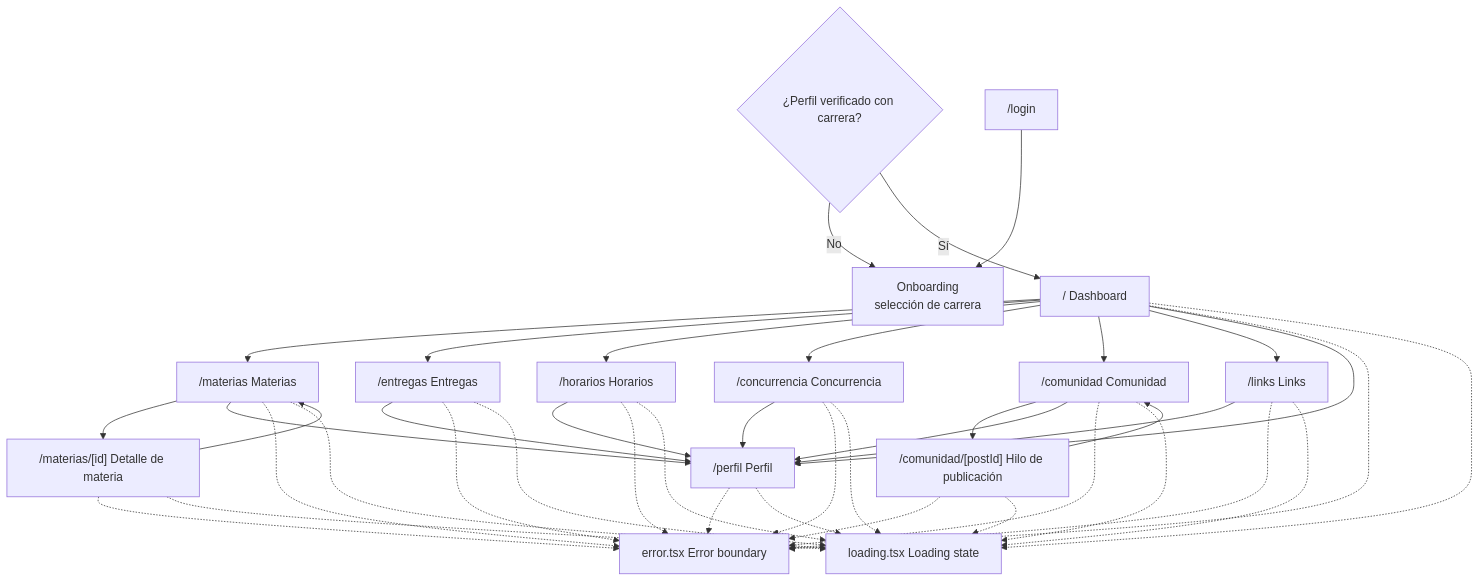
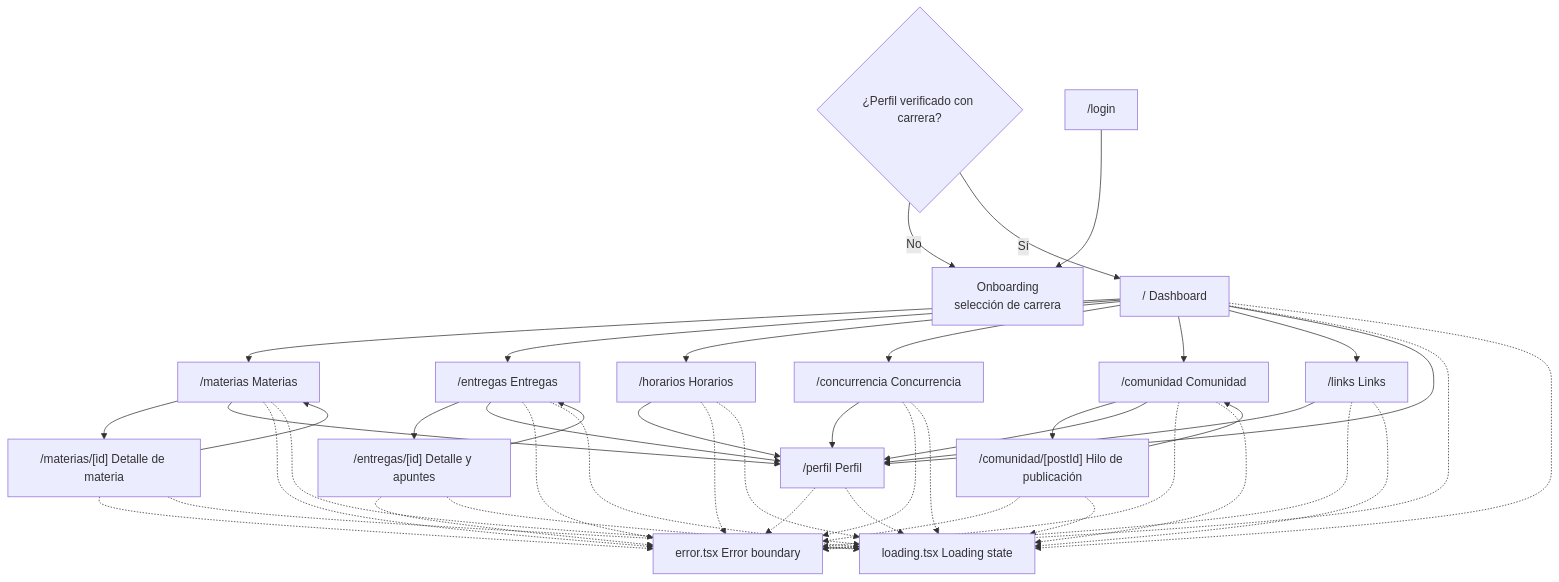
The first of 4 diagrams in wiki/Rutas-y-flujos.md (lautioliver/UcaNode), drawn with Mermaid before and after one commit. The commit also changed other lines of this file and 6 other files, not shown here.

First line of the commit message:
docs: landing y wiki con apuntes por entrega estilo Notion

````diff
--- a/wiki/Rutas-y-flujos.md
+++ b/wiki/Rutas-y-flujos.md
@@ -21,42 +21,45 @@
 ```mermaid
 flowchart TD
     Gate{"¿Perfil verificado con carrera?"}
     Login["/login"]
     Onb["Onboarding<br/>selección de carrera"]
     Root["/ Dashboard"]
     Mat["/materias Materias"]
     MatId["/materias/[id] Detalle de materia"]
     Ent["/entregas Entregas"]
+    EntId["/entregas/[id] Detalle y apuntes"]
     Hor["/horarios Horarios"]
     Con["/concurrencia Concurrencia"]
     Com["/comunidad Comunidad"]
     ComId["/comunidad/[postId] Hilo de publicación"]
     Lnk["/links Links"]
     Per["/perfil Perfil"]
     Err["error.tsx Error boundary"]
     Ld["loading.tsx Loading state"]
 
     Gate -->|No| Onb
     Gate -->|Sí| Root
     Login --> Onb
     Root --> Mat
     Root --> Ent
+    Ent --> EntId
+    EntId --> Ent
     Root --> Hor
     Root --> Con
     Root --> Com
     Com --> ComId
     ComId --> Com
     Root --> Lnk
     Mat --> MatId
     MatId --> Mat
     Root --> Per
     Mat --> Per
     Ent --> Per
     Hor --> Per
     Con --> Per
     Com --> Per
     Lnk --> Per
 
-    Root & Mat & MatId & Ent & Hor & Con & Com & ComId & Lnk & Per -.-> Err
-    Root & Mat & MatId & Ent & Hor & Con & Com & ComId & Lnk & Per -.-> Ld
+    Root & Mat & MatId & Ent & EntId & Hor & Con & Com & ComId & Lnk & Per -.-> Err
+    Root & Mat & MatId & Ent & EntId & Hor & Con & Com & ComId & Lnk & Per -.-> Ld
 ```
````
